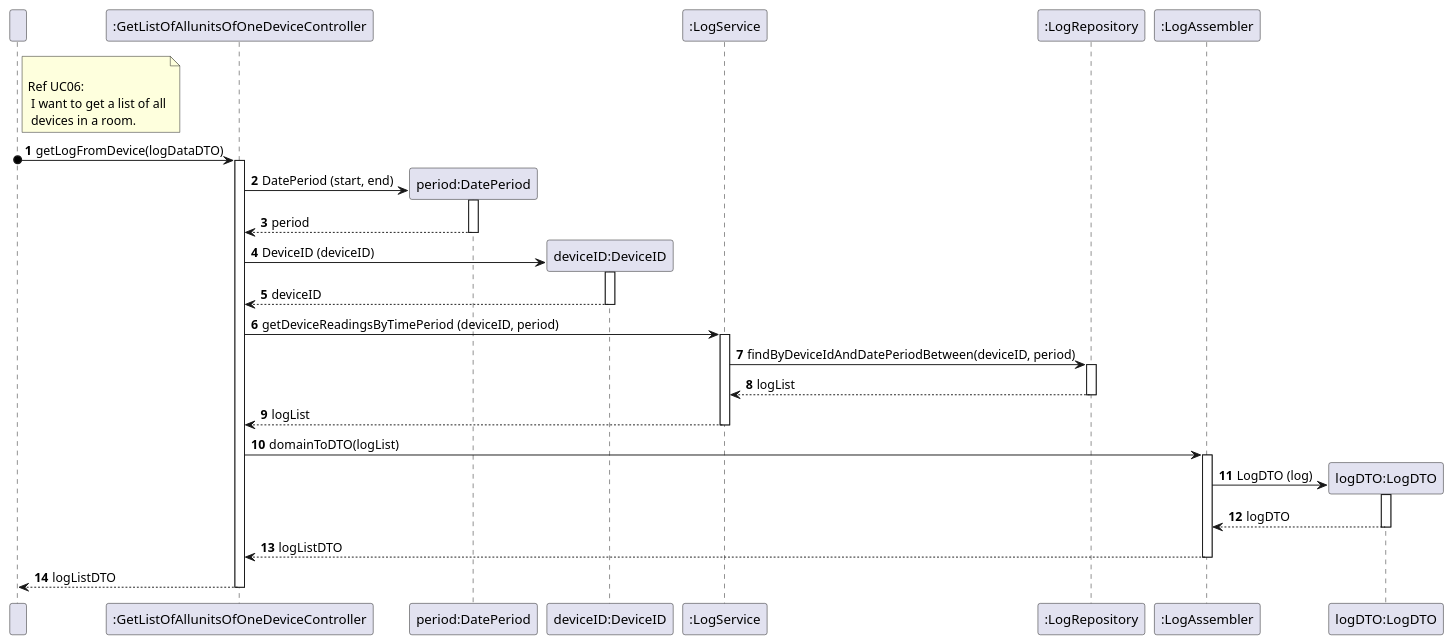
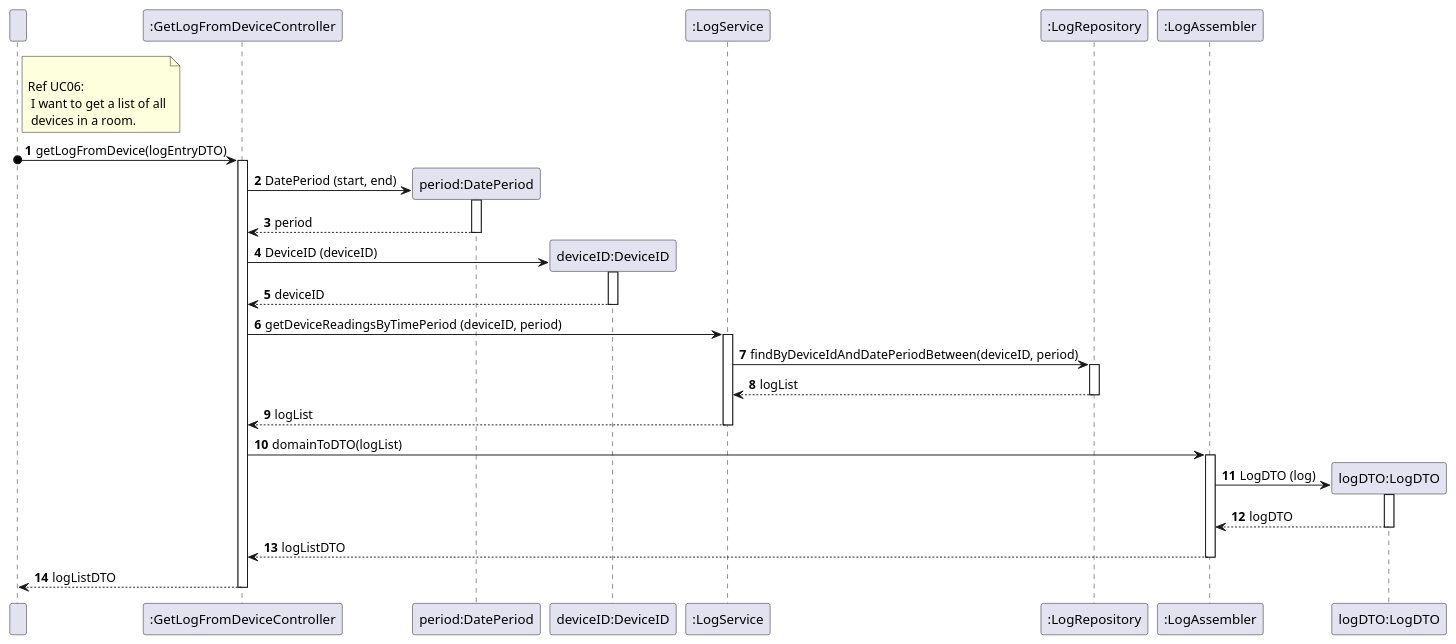
The diagram in docs/useCases/uc11_toGetLogFromDevice/artifacts/uc11_SD.puml (olivDiogo/SmartHome), drawn with PlantUML before and after one commit. The commit also changed 13 other files, not shown here.

```diff
--- a/docs/useCases/uc11_toGetLogFromDevice/artifacts/uc11_SD.puml
+++ b/docs/useCases/uc11_toGetLogFromDevice/artifacts/uc11_SD.puml
@@ -1,75 +1,75 @@
 @startuml
 !pragma layout smetana
 
 participant " " as User
-participant ":GetListOfAllunitsOfOneDeviceController" as Controller
+participant ":GetLogFromDeviceController" as Controller
 
 participant "period:DatePeriod" as DatePeriod
 participant "deviceID:DeviceID" as DeviceID
 participant ":LogService" as LogService
 participant ":LogRepository" as Repository
 participant ":LogAssembler" as Assembler
 participant "logDTO:LogDTO" as DTO
 
 autonumber
 
 note right of User
 
   Ref UC06:
    I want to get a list of all
    devices in a room.
 end note
 
 
 
-User o-> Controller: getLogFromDevice(logDataDTO)
+User o-> Controller: getLogFromDevice(logEntryDTO)
 
 activate Controller
 'DatePeriod and DeviceID are created
 create DatePeriod
 Controller -> DatePeriod: DatePeriod (start, end)
 activate DatePeriod
 DatePeriod --> Controller: period
 deactivate DatePeriod
 
 create DeviceID
 Controller -> DeviceID: DeviceID (deviceID)
 activate DeviceID
 DeviceID --> Controller: deviceID
 deactivate DeviceID
 
 
 'getAllunitsOfDeviceInGivenPeriod -> getStartDate, getEndDate
 Controller -> LogService: getDeviceReadingsByTimePeriod (deviceID, period)
 
 'getStartDate -> localDateTimeStart
 activate LogService
 
 'findByDeviceIdAndTimeStampBetween -> look in all unit repositories
 LogService -> Repository: findByDeviceIdAndDatePeriodBetween(deviceID, period)
 
 activate Repository
 Repository --> LogService: logList
 
 deactivate Repository
 LogService --> Controller: logList
 
 
 deactivate LogService
 Controller -> Assembler: domainToDTO(logList)
 
 activate Assembler
 create DTO
 Assembler -> DTO: LogDTO (log)
 activate DTO
 DTO --> Assembler: logDTO
 
 deactivate DTO
 Assembler --> Controller: logListDTO
 
 deactivate Assembler
 Controller --> User: logListDTO
 deactivate Controller
 
 
 @enduml
```
